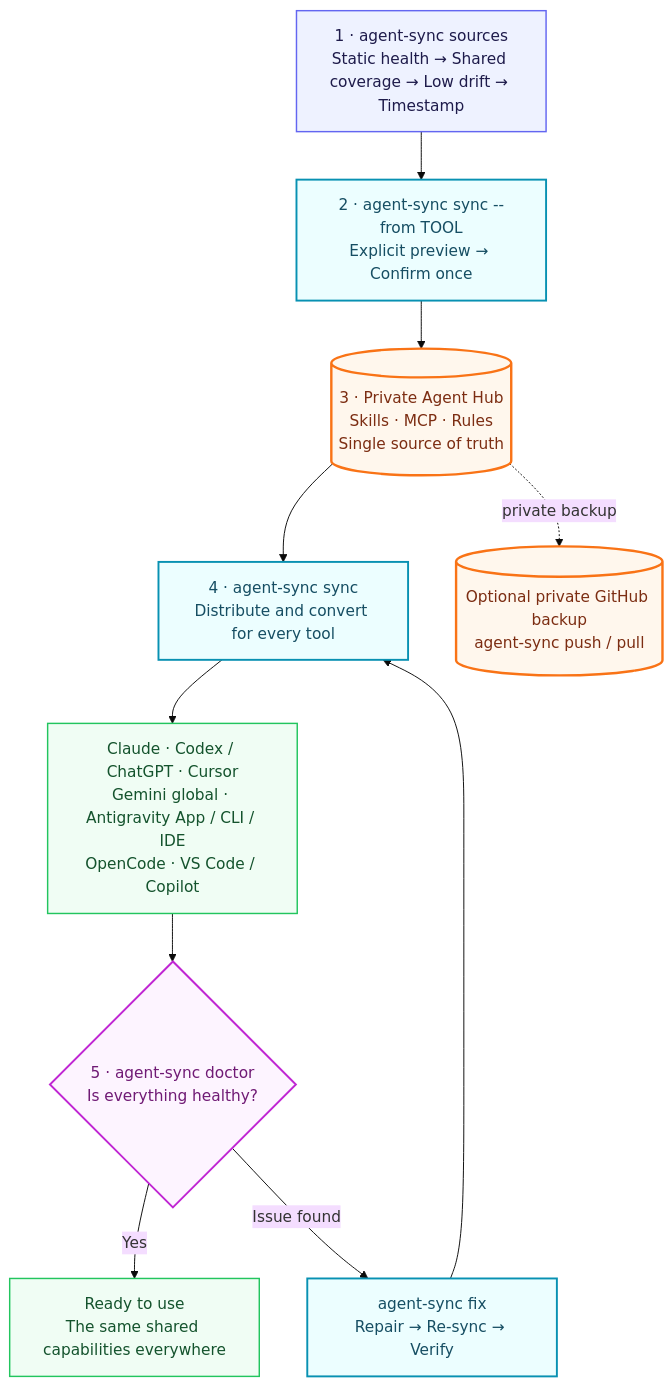
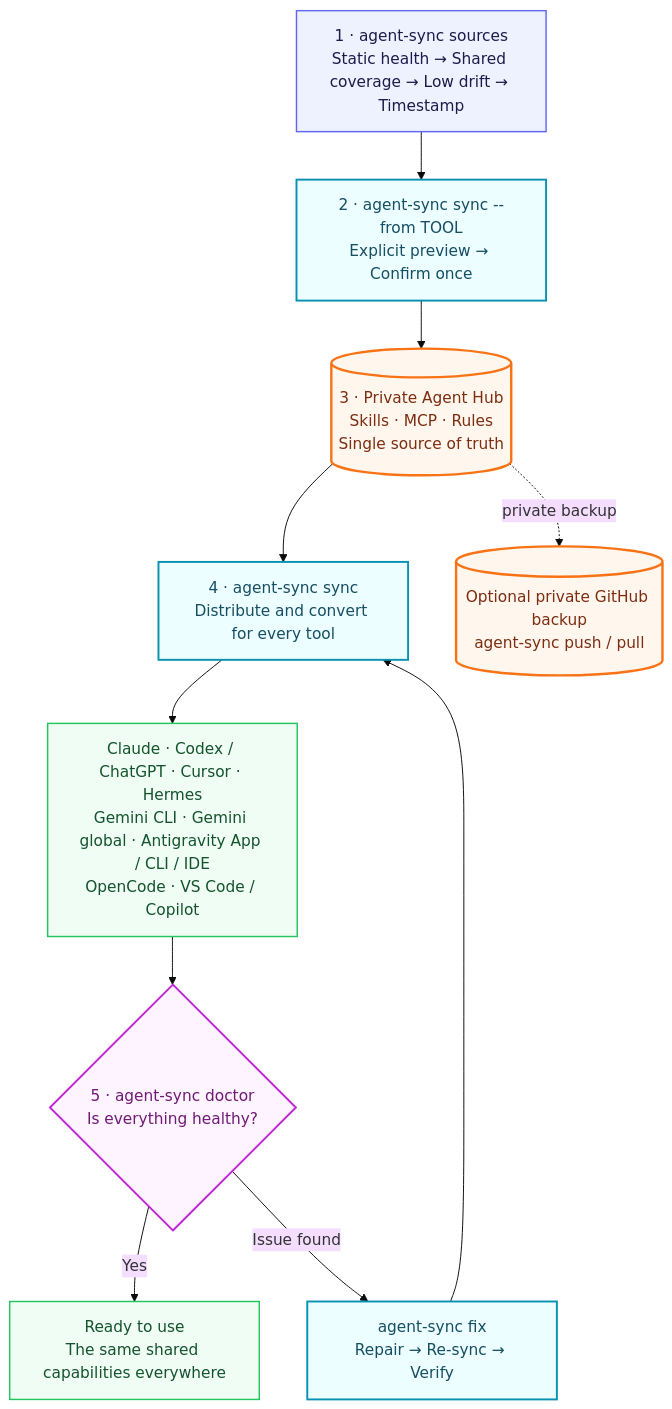
One commit to LittlePeter52012/agent-sync changed the diagram in README.md. Above: the diagram before and after it, drawn with Mermaid (base theme). The commit also changed other lines of this file and 26 other files, not shown here.

````diff
--- a/README.md
+++ b/README.md
@@ -60,30 +65,30 @@
 ```mermaid
 flowchart TB
     SOURCE["1 · agent-sync sources<br/>Static health → Shared coverage → Low drift → Timestamp"]
     PROMOTE["2 · agent-sync sync --from TOOL<br/>Explicit preview → Confirm once"]
     HUB[("3 · Private Agent Hub<br/>Skills · MCP · Rules<br/>Single source of truth")]
     SYNC["4 · agent-sync sync<br/>Distribute and convert for every tool"]
-    TARGETS["Claude · Codex / ChatGPT · Cursor<br/>Gemini global · Antigravity App / CLI / IDE<br/>OpenCode · VS Code / Copilot"]
+    TARGETS["Claude · Codex / ChatGPT · Cursor · Hermes<br/>Gemini CLI · Gemini global · Antigravity App / CLI / IDE<br/>OpenCode · VS Code / Copilot"]
     CHECK{"5 · agent-sync doctor<br/>Is everything healthy?"}
     READY["Ready to use<br/>The same shared capabilities everywhere"]
     FIX["agent-sync fix<br/>Repair → Re-sync → Verify"]
     GH[("Optional private GitHub backup<br/>agent-sync push / pull")]
 
     SOURCE --> PROMOTE --> HUB --> SYNC --> TARGETS --> CHECK
     CHECK -->|"Yes"| READY
     CHECK -->|"Issue found"| FIX
     FIX --> SYNC
     HUB -. "private backup" .-> GH
 
     classDef source fill:#eef2ff,stroke:#6366f1,color:#1e1b4b,stroke-width:1.5px;
     classDef action fill:#ecfeff,stroke:#0891b2,color:#164e63,stroke-width:2px;
     classDef hub fill:#fff7ed,stroke:#f97316,color:#7c2d12,stroke-width:2.5px;
     classDef target fill:#f0fdf4,stroke:#22c55e,color:#14532d,stroke-width:1.5px;
     classDef check fill:#fdf4ff,stroke:#c026d3,color:#701a75,stroke-width:2px;
 
     class SOURCE source;
     class PROMOTE,SYNC,FIX action;
     class HUB,GH hub;
     class TARGETS,READY target;
     class CHECK check;
 ```
````
